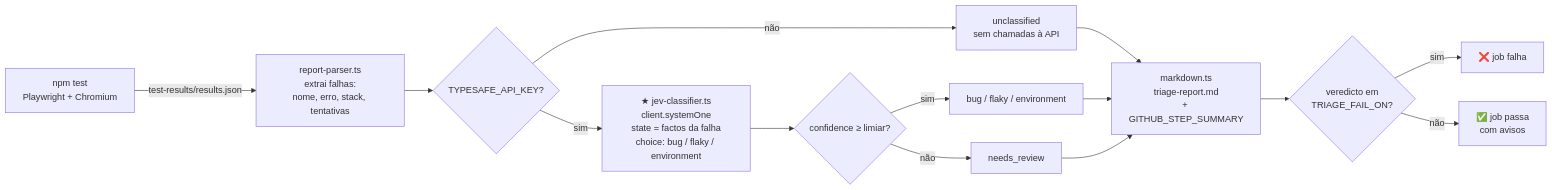
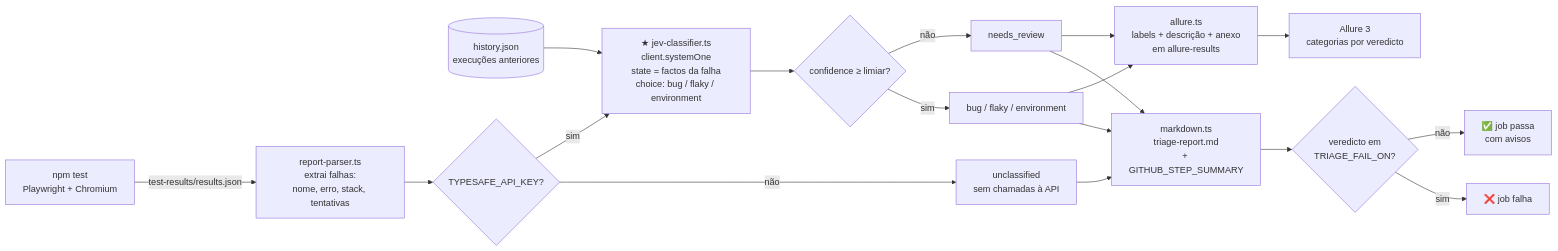
One commit to BRLorena/jev_test changed the diagram in README.md. Above: the diagram before and after it, drawn with Mermaid. The commit also changed other lines of this file and 12 other files, not shown here.

````diff
--- a/README.md
+++ b/README.md
@@ -22,16 +24,20 @@
 ```mermaid
 flowchart LR
     A[npm test<br/>Playwright + Chromium] -->|test-results/results.json| B[report-parser.ts<br/>extrai falhas:<br/>nome, erro, stack, tentativas]
+    P[(history.json<br/>execuções anteriores)] --> E
     B --> C{TYPESAFE_API_KEY?}
     C -- não --> D[unclassified<br/>sem chamadas à API]
     C -- sim --> E[★ jev-classifier.ts<br/>client.systemOne<br/>state = factos da falha<br/>choice: bug / flaky / environment]
     E --> F{confidence &ge; limiar?}
     F -- sim --> G[bug / flaky / environment]
     F -- não --> H[needs_review]
     D --> I[markdown.ts<br/>triage-report.md<br/>+ GITHUB_STEP_SUMMARY]
     G --> I
     H --> I
+    G --> X[allure.ts<br/>labels + descrição + anexo<br/>em allure-results]
+    H --> X
+    X --> Y[Allure 3<br/>categorias por veredicto]
     I --> J{veredicto em<br/>TRIAGE_FAIL_ON?}
     J -- sim --> K[❌ job falha]
     J -- não --> L[✅ job passa<br/>com avisos]
 ```
````
